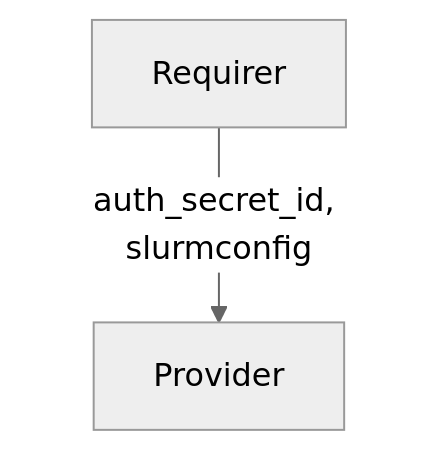
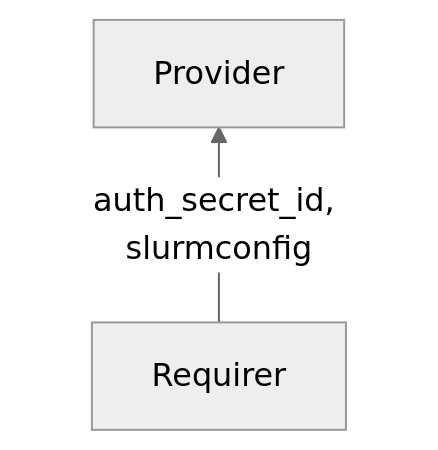
The diagram in internal/slurmrestd-interface/README.md (charmed-hpc/slurm-charms), drawn with Mermaid (neutral theme) before and after one commit. The commit also changed other lines of this file and 5 other files, not shown here.

````diff
--- a/internal/slurmrestd-interface/README.md
+++ b/internal/slurmrestd-interface/README.md
@@ -26,4 +28,4 @@
 ```mermaid
-flowchart TD
+flowchart BT
     Requirer -- auth_secret_id, slurmconfig --> Provider
 ```
````
